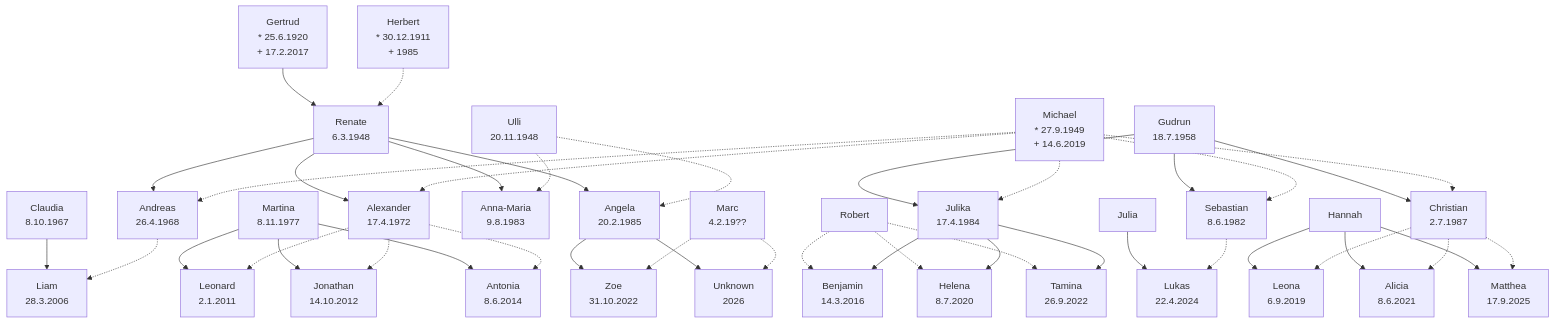
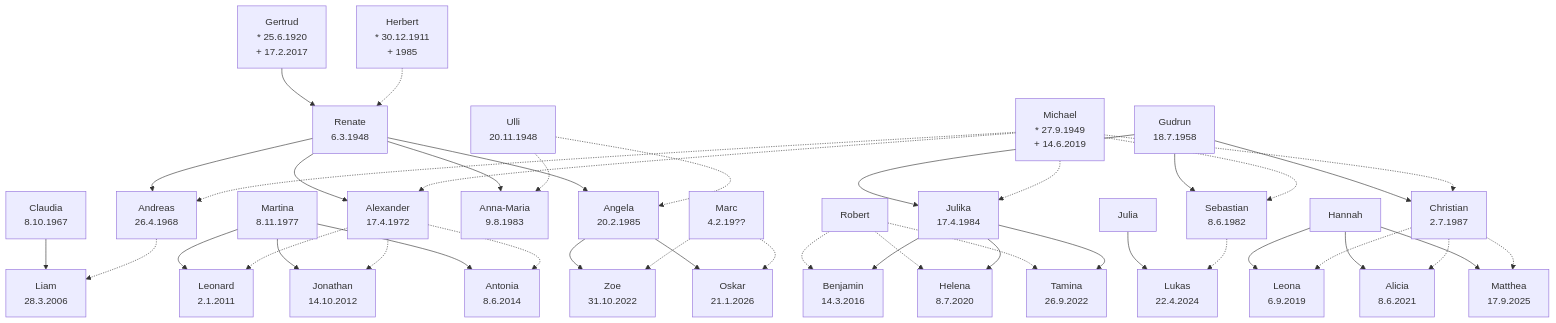
The second of 2 diagrams in ahnen.md (adorn4711/hello-world), drawn with Mermaid before and after one commit. The commit also changed other lines of this file, not shown here.

Commit message:
Update ahnen.md with Oskar

```diff
--- a/ahnen.md
+++ b/ahnen.md
@@ -80,7 +80,7 @@
     Leonard[Leonard<br>2.1.2011]
     Jonathan[Jonathan<br>14.10.2012]
     Zoe[Zoe<br>31.10.2022]
-    Unknown[Unknown<br>2026]
+    Oskar[Oskar<br>21.1.2026]
     Angela[Angela<br>20.2.1985]
     Anna-Maria[Anna-Maria<br>9.8.1983]
     Martina[Martina<br>8.11.1977]
@@ -151,8 +151,8 @@
     Martina --> Antonia
     Marc -.-> Zoe
     Angela --> Zoe
-    Marc -.-> Unknown
-    Angela --> Unknown
+    Marc -.-> Oskar
+    Angela --> Oskar
 
     %% Optional: Styling for clarity (not %%strictly necessary but can improve %%readability)
     %%classDef fatherLink stroke-dasharray: 5 5;
```
